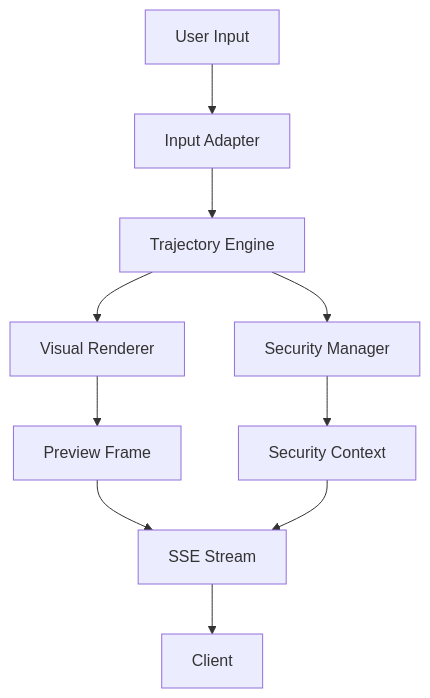
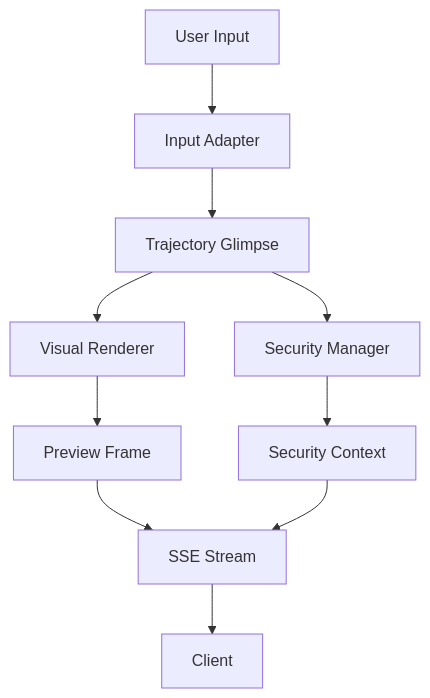
One commit to caraxesthebloodwyrm02/echoes changed the diagram in docs/FINDINGS_AND_SOLUTIONS.md. Above: the diagram before and after it, drawn with Mermaid. The commit also changed other lines of this file and 7637 other files, not shown here.

````diff
--- a/docs/FINDINGS_AND_SOLUTIONS.md
+++ b/docs/FINDINGS_AND_SOLUTIONS.md
@@ -174,12 +174,12 @@
 ```mermaid
 graph TD
     A[User Input] --> B[Input Adapter]
-    B --> C[Trajectory Engine]
+    B --> C[Trajectory Glimpse]
     C --> D[Visual Renderer]
     C --> E[Security Manager]
     D --> F[Preview Frame]
     E --> G[Security Context]
     F --> H[SSE Stream]
     G --> H
     H --> I[Client]
 ```
````
